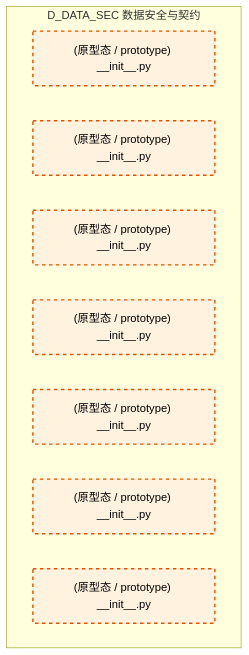
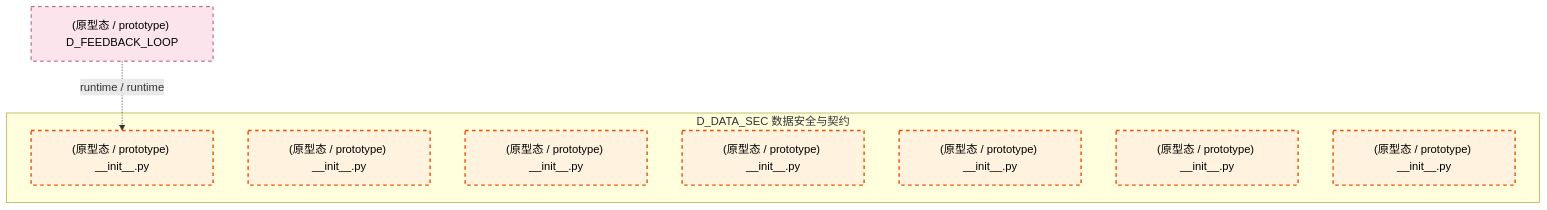
The second of 3 diagrams in docs/02_enterprise_architecture/02_domain_architecture_docs/10_d_data_sec.md (xuanFelixVan/ZephyrAlpha), drawn with Mermaid before and after one commit. The commit also changed other lines of this file and 126 other files, not shown here.

````diff
--- a/docs/02_enterprise_architecture/02_domain_architecture_docs/10_d_data_sec.md
+++ b/docs/02_enterprise_architecture/02_domain_architecture_docs/10_d_data_sec.md
@@ -104,17 +107,20 @@
 ```mermaid
 graph TD
     subgraph D_DATA_SEC["D_DATA_SEC 数据安全与契约"]
         src_zephyr_data_security_init_py["(原型态 / prototype) __init__.py"]
         src_zephyr_data_security_extensions_init_py["(原型态 / prototype) __init__.py"]
         src_zephyr_data_security_api_init_py["(原型态 / prototype) __init__.py"]
         src_zephyr_data_security_core_init_py["(原型态 / prototype) __init__.py"]
         src_zephyr_data_security_infrastructure_init_py["(原型态 / prototype) __init__.py"]
         src_zephyr_data_security_models_init_py["(原型态 / prototype) __init__.py"]
         src_zephyr_data_security_services_init_py["(原型态 / prototype) __init__.py"]
     end
+    D_FEEDBACK_LOOP["(原型态 / prototype) D_FEEDBACK_LOOP"]
+    D_FEEDBACK_LOOP -.->|runtime / runtime| src_zephyr_data_security_init_py
     classDef production fill:#e1f5fe,stroke:#01579b,stroke-width:2px,color:#000
     classDef design fill:#fff3e0,stroke:#e65100,stroke-width:2px,color:#000,stroke-dasharray: 5 5
     classDef external_prod fill:#e8f5e9,stroke:#1b5e20,stroke-width:1px,color:#000
     classDef external_design fill:#fce4ec,stroke:#880e4f,stroke-width:1px,color:#000,stroke-dasharray: 5 5
     class src_zephyr_data_security_init_py,src_zephyr_data_security_extensions_init_py,src_zephyr_data_security_api_init_py,src_zephyr_data_security_core_init_py,src_zephyr_data_security_infrastructure_init_py,src_zephyr_data_security_models_init_py,src_zephyr_data_security_services_init_py design
+    class D_FEEDBACK_LOOP external_design
 ```
````
